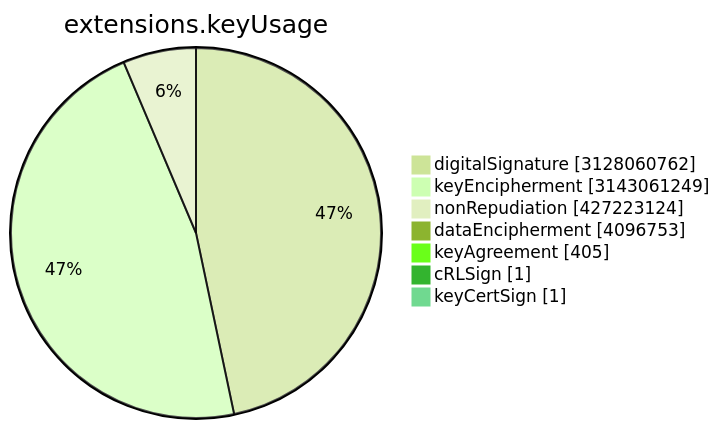
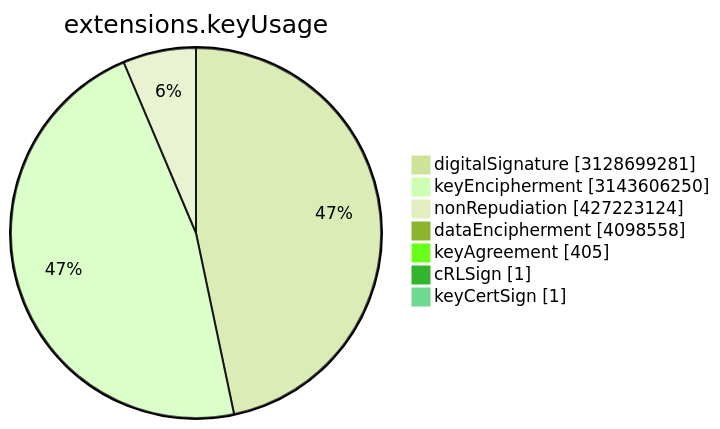
The sixth of 15 diagrams in TOTAL/README.md (christiankrug/ctmonitor_visualization), drawn with Mermaid (forest theme) before and after one commit. The commit also changed other lines of this file, not shown here.

````diff
--- a/TOTAL/README.md
+++ b/TOTAL/README.md
@@ -3077,11 +3077,11 @@
 ```mermaid
 pie showData
 title extensions.keyUsage
-"digitalSignature" :3128060762
-"keyEncipherment" :3143061249
+"digitalSignature" :3128699281
+"keyEncipherment" :3143606250
 "nonRepudiation" :427223124
-"dataEncipherment" :4096753
+"dataEncipherment" :4098558
 "keyAgreement" :405
 "cRLSign" :1
 "keyCertSign" :1
 ```
````
